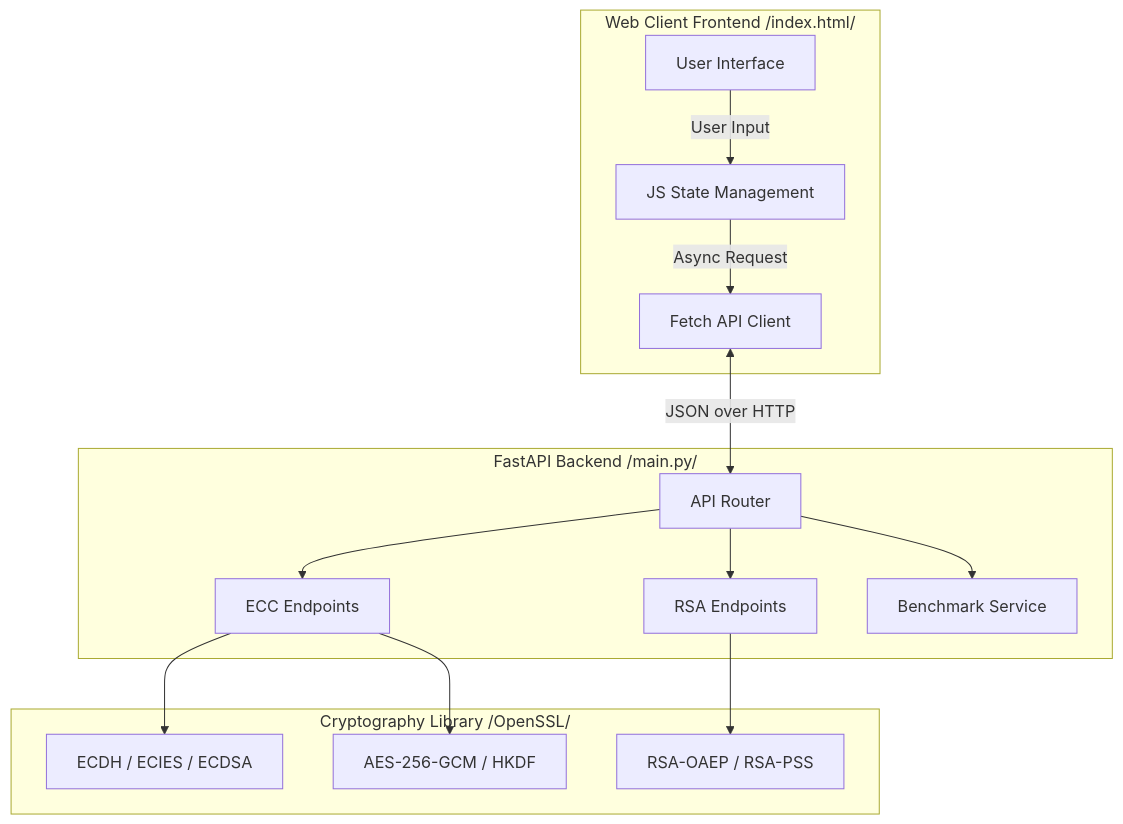
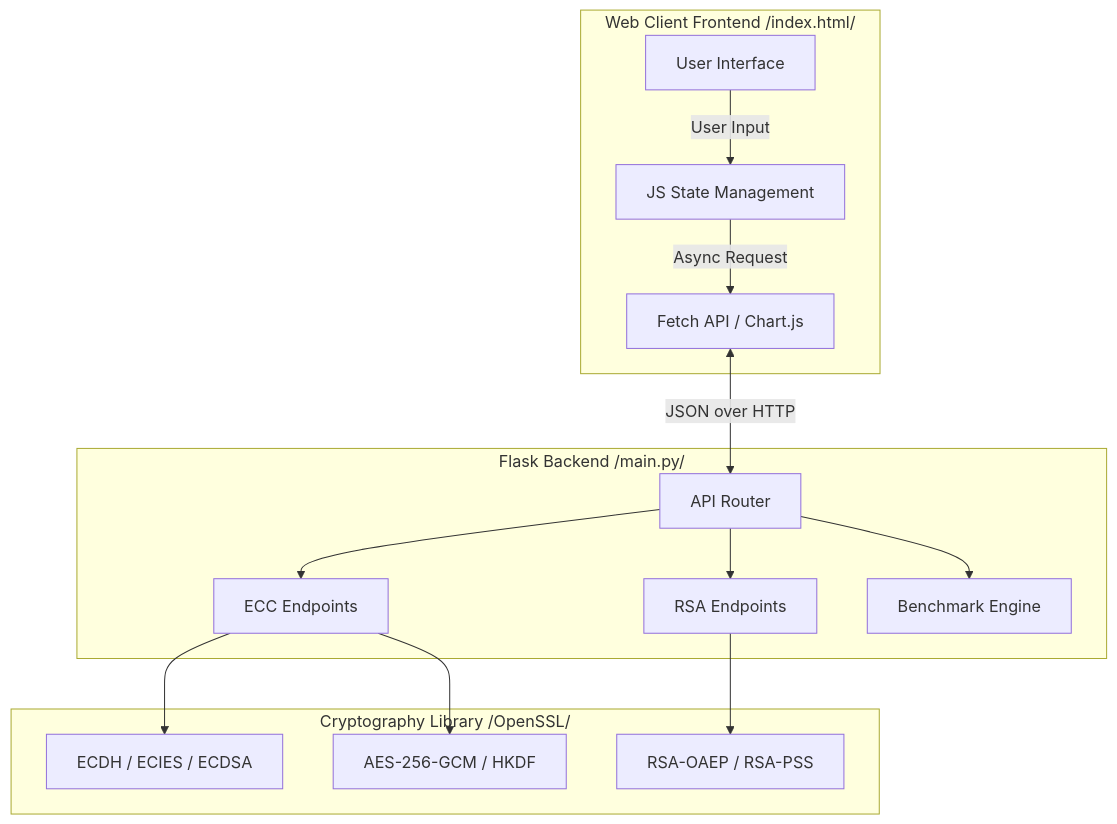
The diagram in ecc_rsa_report.md (adithya-0205/Sic), drawn with Mermaid before and after one commit. The commit also changed other lines of this file, not shown here.

````diff
--- a/ecc_rsa_report.md
+++ b/ecc_rsa_report.md
@@ -55,34 +55,34 @@
 ```mermaid
 graph TD
     subgraph Frontend [Web Client Frontend /index.html/]
         UI[User Interface]
         State[JS State Management]
-        Fetch[Fetch API Client]
+        Fetch[Fetch API / Chart.js]
         
         UI -->|User Input| State
         State -->|Async Request| Fetch
     end
 
-    subgraph Backend [FastAPI Backend /main.py/]
+    subgraph Backend [Flask Backend /main.py/]
         Router[API Router]
         ECC_Mod[ECC Endpoints]
         RSA_Mod[RSA Endpoints]
-        Bench[Benchmark Service]
+        Bench[Benchmark Engine]
         
         Router --> ECC_Mod
         Router --> RSA_Mod
         Router --> Bench
     end
 
     subgraph CryptoLayer [Cryptography Library /OpenSSL/]
         ECDH_Core[ECDH / ECIES / ECDSA]
         RSA_Core[RSA-OAEP / RSA-PSS]
         Sym_Core[AES-256-GCM / HKDF]
         
         ECC_Mod --> ECDH_Core
         ECC_Mod --> Sym_Core
         RSA_Mod --> RSA_Core
     end
 
     Fetch <-->|JSON over HTTP| Router
 ```
````
